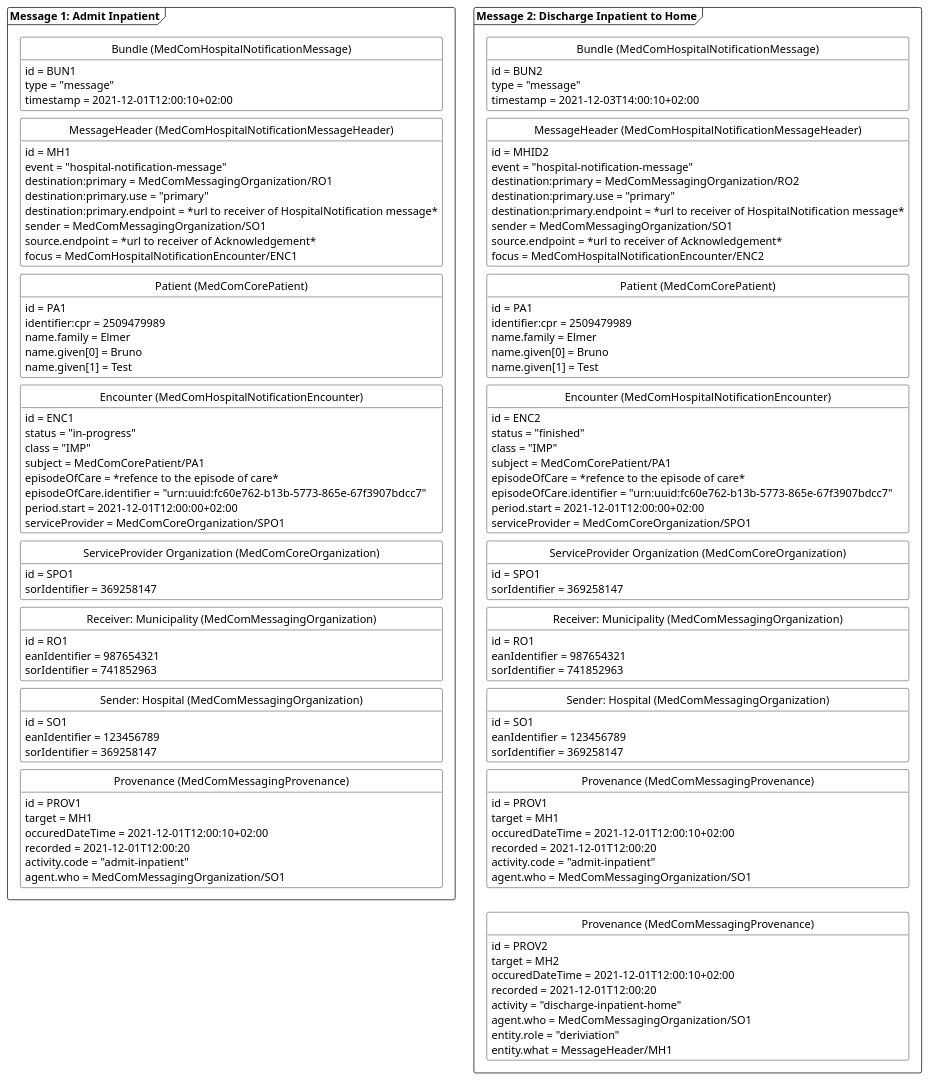
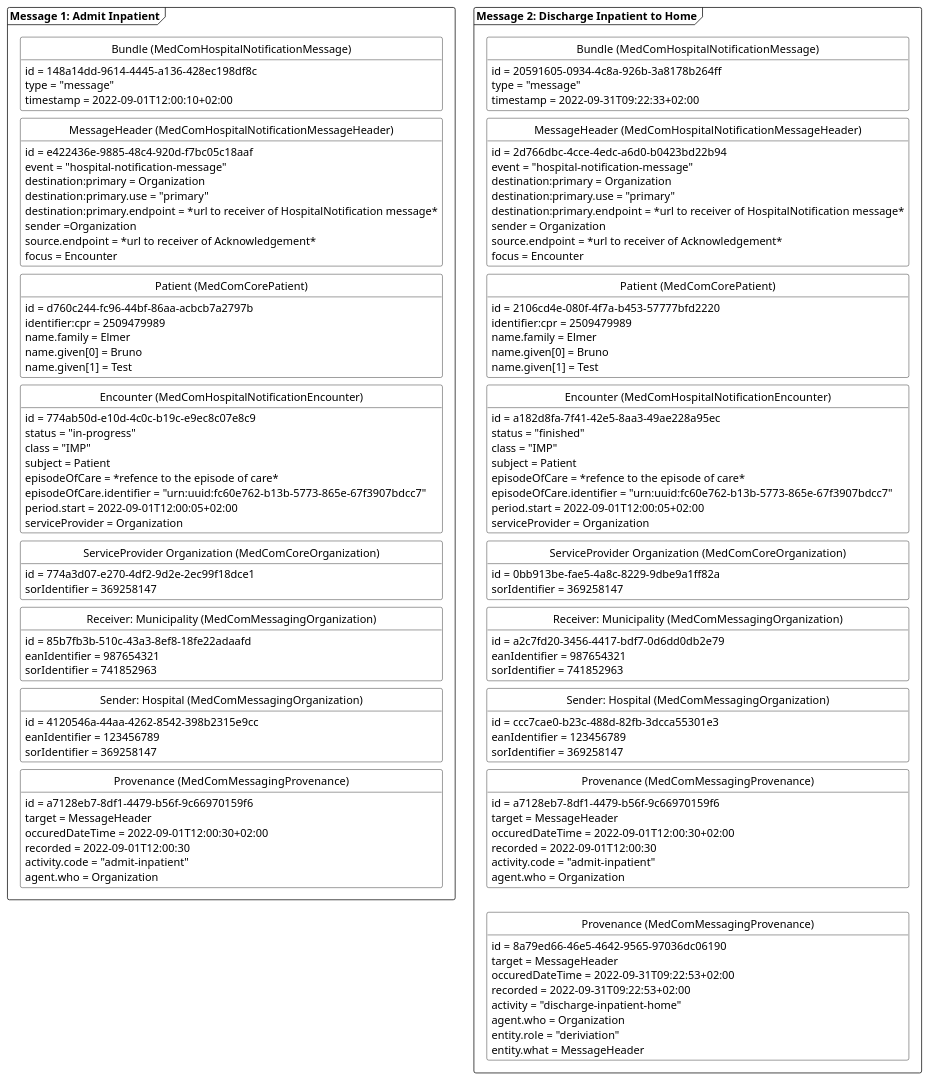
The diagram in puml/HospitalNotificationAdmitFinish.puml (medcomdk/dk-medcom-hospitalnotification), drawn with PlantUML before and after one commit.

Commit message:
examples changed

```diff
--- a/puml/HospitalNotificationAdmitFinish.puml
+++ b/puml/HospitalNotificationAdmitFinish.puml
@@ -1,165 +1,165 @@
 @startuml HNAdmitFinish
 
 'layout
 skinparam class {
     BackgroundColor White
     BorderColor Black
     ArrowColor Black
   }
 hide circle
 hide empty members
 skinparam SameClassWidth true
 skinparam Ranksep 10
 
 
 'title
 'title Simplified example: Admit and Discharge Inpatient
 
 'Message 1: Admit inpatient
 package "Message 1: Admit Inpatient" as admit <<Frame>>{
     class "Bundle (MedComHospitalNotificationMessage)" as admitB{
-        id = BUN1
+        id = 148a14dd-9614-4445-a136-428ec198df8c
         type = "message"
-        timestamp = 2021-12-01T12:00:10+02:00
+        timestamp = 2022-09-01T12:00:10+02:00
     }
     class "MessageHeader (MedComHospitalNotificationMessageHeader)" as admitMH{
-        id = MH1
+        id = e422436e-9885-48c4-920d-f7bc05c18aaf
         event = "hospital-notification-message"
-        destination:primary = MedComMessagingOrganization/RO1
+        destination:primary = Organization
         destination:primary.use = "primary"
         destination:primary.endpoint = *url to receiver of HospitalNotification message*
-        sender = MedComMessagingOrganization/SO1
+        sender =Organization
         source.endpoint = *url to receiver of Acknowledgement*
-        focus = MedComHospitalNotificationEncounter/ENC1
+        focus = Encounter
     }
     class "Patient (MedComCorePatient)" as admitPT{
-        id = PA1
+        id = d760c244-fc96-44bf-86aa-acbcb7a2797b
         identifier:cpr = 2509479989
         name.family = Elmer
         name.given[0] = Bruno
         name.given[1] = Test
     }
     class "Encounter (MedComHospitalNotificationEncounter)" as admitENC{
-        id = ENC1
+        id = 774ab50d-e10d-4c0c-b19c-e9ec8c07e8c9
         status = "in-progress"
         class = "IMP"
-        subject = MedComCorePatient/PA1
+        subject = Patient
         episodeOfCare = *refence to the episode of care*
         episodeOfCare.identifier = "urn:uuid:fc60e762-b13b-5773-865e-67f3907bdcc7"
-        period.start = 2021-12-01T12:00:00+02:00
-        serviceProvider = MedComCoreOrganization/SPO1
+        period.start = 2022-09-01T12:00:05+02:00
+        serviceProvider = Organization
     }    
     class "ServiceProvider Organization (MedComCoreOrganization)" as admitSPOrg{
-        id = SPO1
+        id = 774a3d07-e270-4df2-9d2e-2ec99f18dce1
         sorIdentifier = 369258147
     }
     class "Receiver: Municipality (MedComMessagingOrganization)" as admitROrg{
-        id = RO1
+        id = 85b7fb3b-510c-43a3-8ef8-18fe22adaafd
         eanIdentifier = 987654321
         sorIdentifier = 741852963
     }
     class "Sender: Hospital (MedComMessagingOrganization)" as admitSOrg{
-        id = SO1
+        id = 4120546a-44aa-4262-8542-398b2315e9cc
         eanIdentifier = 123456789
         sorIdentifier = 369258147
     }
     class "Provenance  (MedComMessagingProvenance)" as admitPRO{
-        id = PROV1
-        target = MH1
-        occuredDateTime = 2021-12-01T12:00:10+02:00
-        recorded = 2021-12-01T12:00:20
+        id = a7128eb7-8df1-4479-b56f-9c66970159f6
+        target = MessageHeader
+        occuredDateTime = 2022-09-01T12:00:30+02:00
+        recorded = 2022-09-01T12:00:30
         activity.code = "admit-inpatient"
-        agent.who = MedComMessagingOrganization/SO1
+        agent.who = Organization
     }
 
 admitB -[hidden]- admitMH
 admitMH-[hidden]-admitPT
 admitPT-[hidden]-admitENC
 admitENC-[hidden]-admitSPOrg
 admitSPOrg-[hidden]-admitROrg
 admitROrg-[hidden]-admitSOrg
 admitSOrg-[hidden]-admitPRO
 }
 
 'Message 2: Finished inpatient
 package "Message 2: Discharge Inpatient to Home" as finished <<Frame>>{
     class "Bundle  (MedComHospitalNotificationMessage)" as finishedB{
-        id = BUN2
+        id = 20591605-0934-4c8a-926b-3a8178b264ff
         type = "message"
-        timestamp = 2021-12-03T14:00:10+02:00
+        timestamp = 2022-09-31T09:22:33+02:00
     }
     class "MessageHeader  (MedComHospitalNotificationMessageHeader)" as finishedMH{
-        id = MHID2
+        id = 2d766dbc-4cce-4edc-a6d0-b0423bd22b94
         event = "hospital-notification-message"
-        destination:primary = MedComMessagingOrganization/RO2
+        destination:primary = Organization
         destination:primary.use = "primary"
         destination:primary.endpoint = *url to receiver of HospitalNotification message*
-        sender = MedComMessagingOrganization/SO1
+        sender = Organization
         source.endpoint = *url to receiver of Acknowledgement*
-        focus = MedComHospitalNotificationEncounter/ENC2
+        focus = Encounter
     }
     class "Patient  (MedComCorePatient)" as finishedPT{
-        id = PA1
+        id = 2106cd4e-080f-4f7a-b453-57777bfd2220
         identifier:cpr = 2509479989
         name.family = Elmer
         name.given[0] = Bruno
         name.given[1] = Test
     }
     class "Encounter  (MedComHospitalNotificationEncounter)" as finishedENC{
-        id = ENC2
+        id = a182d8fa-7f41-42e5-8aa3-49ae228a95ec
         status = "finished"
         class = "IMP"
-        subject = MedComCorePatient/PA1
+        subject = Patient
         episodeOfCare = *refence to the episode of care*
         episodeOfCare.identifier = "urn:uuid:fc60e762-b13b-5773-865e-67f3907bdcc7"
-        period.start = 2021-12-01T12:00:00+02:00
-        serviceProvider = MedComCoreOrganization/SPO1
+        period.start = 2022-09-01T12:00:05+02:00
+        serviceProvider = Organization
     }
     class "ServiceProvider Organization (MedComCoreOrganization)" as finishedSPOrg{
-        id = SPO1 
+        id = 0bb913be-fae5-4a8c-8229-9dbe9a1ff82a
         sorIdentifier = 369258147
     }    
     class "Receiver: Municipality (MedComMessagingOrganization)" as finishedROrg{
-        id = RO1
+        id = a2c7fd20-3456-4417-bdf7-0d6dd0db2e79
         eanIdentifier = 987654321
         sorIdentifier = 741852963
     }
     class "Sender: Hospital (MedComMessagingOrganization)" as finishedSOrg{
-        id = SO1
+        id = ccc7cae0-b23c-488d-82fb-3dcca55301e3
         eanIdentifier = 123456789
         sorIdentifier = 369258147
     }    
     class "Provenance (MedComMessagingProvenance)" as admitfinishedPRO{
-        id = PROV1
-        target = MH1
-        occuredDateTime = 2021-12-01T12:00:10+02:00
-        recorded = 2021-12-01T12:00:20
+        id = a7128eb7-8df1-4479-b56f-9c66970159f6
+        target = MessageHeader
+        occuredDateTime = 2022-09-01T12:00:30+02:00
+        recorded = 2022-09-01T12:00:30
         activity.code = "admit-inpatient"
-        agent.who = MedComMessagingOrganization/SO1
+        agent.who = Organization
     }
     class "Provenance (MedComMessagingProvenance)" as finishedPRO{
-        id = PROV2        
-        target = MH2
-        occuredDateTime = 2021-12-01T12:00:10+02:00
-        recorded = 2021-12-01T12:00:20
+        id = 8a79ed66-46e5-4642-9565-97036dc06190        
+        target = MessageHeader
+        occuredDateTime = 2022-09-31T09:22:53+02:00
+        recorded = 2022-09-31T09:22:53+02:00
         activity = "discharge-inpatient-home"
-        agent.who = MedComMessagingOrganization/SO1
+        agent.who = Organization
         entity.role = "deriviation"
-        entity.what = MessageHeader/MH1
+        entity.what = MessageHeader
     }
 finishedB-[hidden]-finishedMH
 finishedMH-[hidden]-finishedPT
 finishedPT-[hidden]-finishedENC
 finishedENC-[hidden]-finishedSPOrg
 finishedSPOrg-[hidden]-finishedROrg
 finishedROrg-[hidden]-finishedSOrg
 finishedSOrg-[hidden]-admitfinishedPRO
 admitfinishedPRO-[hidden]-finishedPRO
 
 }
 
 ' pile mellem de to beskeder
 ' admit --> finished
 
 
 @enduml
```
